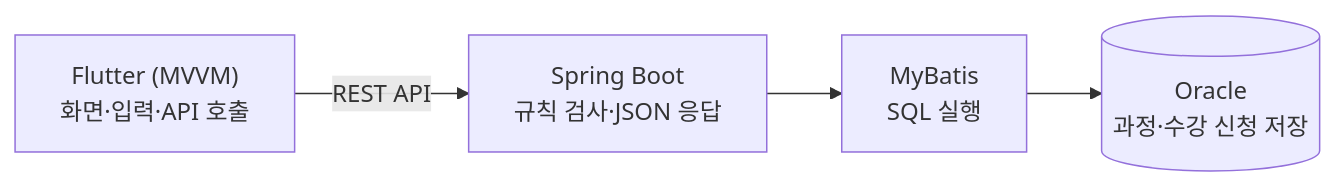
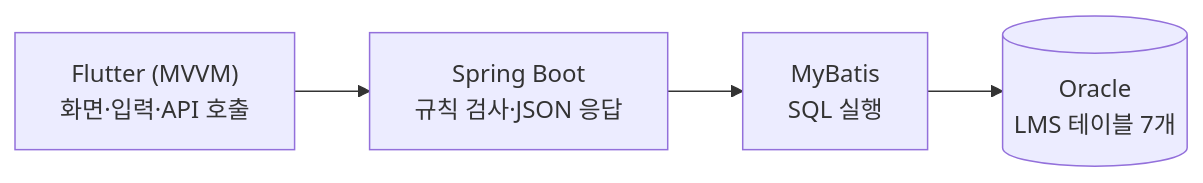
The diagram in LMS_산출물_코칭_환경설정/답안지/01_프로젝트계획서_답안.md (justforwork89/DY_SW_Development_Learning), drawn with Mermaid before and after one commit. The commit also changed other lines of this file and 20 other files, not shown here.

````diff
--- a/LMS_산출물_코칭_환경설정/답안지/01_프로젝트계획서_답안.md
+++ b/LMS_산출물_코칭_환경설정/답안지/01_프로젝트계획서_답안.md
@@ -32,6 +34,6 @@
 ```mermaid
 flowchart LR
-  A["Flutter (MVVM)<br>화면·입력·API 호출"] -->|REST API| B["Spring Boot<br>규칙 검사·JSON 응답"]
+  A["Flutter (MVVM)<br>화면·입력·API 호출"] --> B["Spring Boot<br>규칙 검사·JSON 응답"]
   B --> C["MyBatis<br>SQL 실행"]
-  C --> D[("Oracle<br>과정·수강 신청 저장")]
+  C --> D[("Oracle<br>LMS 테이블 7개")]
 ```
````
